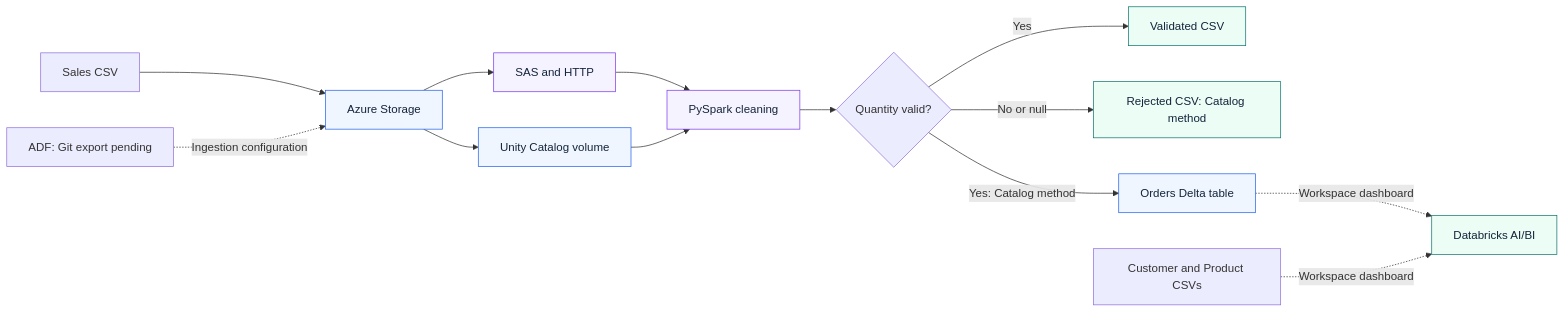
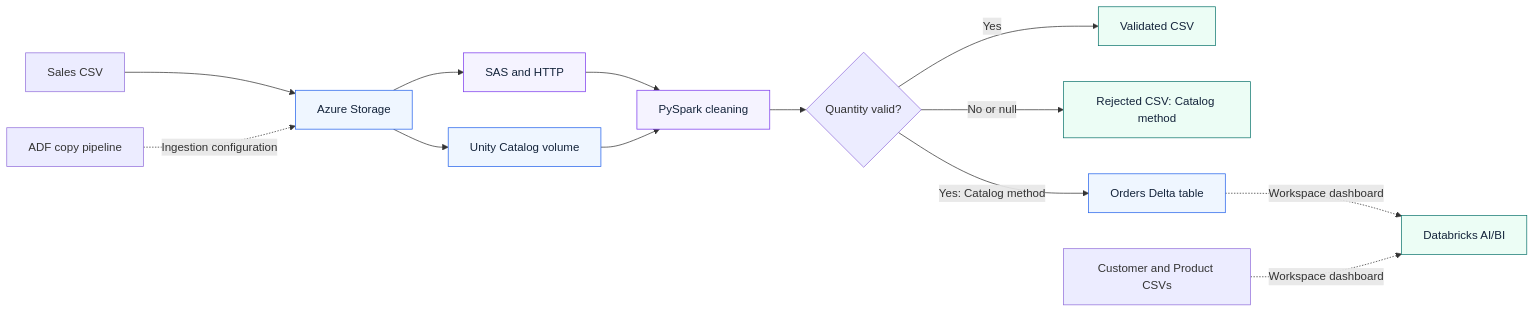
Before and after one commit to avneetxsingh/azure-databricks-retail-analytics: the diagram in README.md, drawn with Mermaid. The commit also changed other lines of this file and 14 other files, not shown here.

````diff
--- a/README.md
+++ b/README.md
@@ -25,21 +25,21 @@
 ```mermaid
 flowchart LR
     S[Sales CSV] --> B[Azure Storage]
     B --> A[SAS and HTTP]
     B --> U[Unity Catalog volume]
     A --> P[PySpark cleaning]
     U --> P
     P --> V{Quantity valid?}
     V -->|Yes| C[Validated CSV]
     V -->|No or null| R[Rejected CSV: Catalog method]
     V -->|Yes: Catalog method| D[Orders Delta table]
     D -. Workspace dashboard .-> BI[Databricks AI/BI]
     DIM[Customer and Product CSVs] -. Workspace dashboard .-> BI
-    ADF[ADF: Git export pending] -. Ingestion configuration .-> B
+    ADF[ADF copy pipeline] -. Ingestion configuration .-> B
     classDef storage fill:#EFF6FF,stroke:#2563EB,color:#14243B;
     classDef compute fill:#F5F3FF,stroke:#7C3AED,color:#14243B;
     classDef output fill:#ECFDF5,stroke:#0F766E,color:#14243B;
     class B,U,D storage;
     class A,P compute;
     class C,R,BI output;
 ```
````
